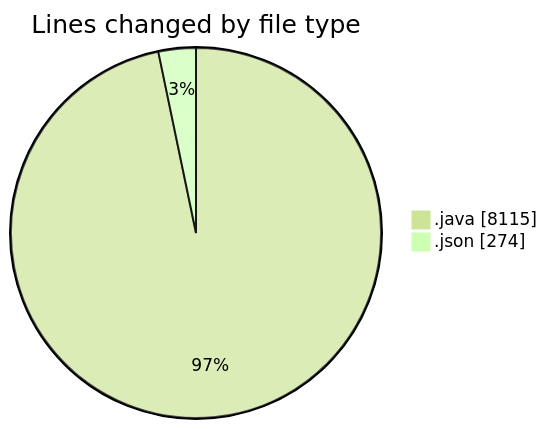
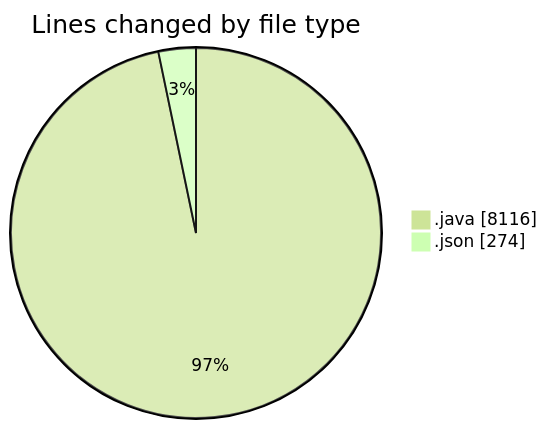
The first of 2 diagrams in 2026-09-03/cilapp/README.md (ricardozamudiocil/code-tracking), drawn with Mermaid (forest theme) before and after one commit. The commit also changed other lines of this file and 1 other file, not shown here.

````diff
--- a/2026-09-03/cilapp/README.md
+++ b/2026-09-03/cilapp/README.md
@@ -22,6 +22,6 @@
 ```mermaid
 pie showData
 title Lines changed by file type
-".java" : 8115
+".java" : 8116
 ".json" : 274
 ```
````
